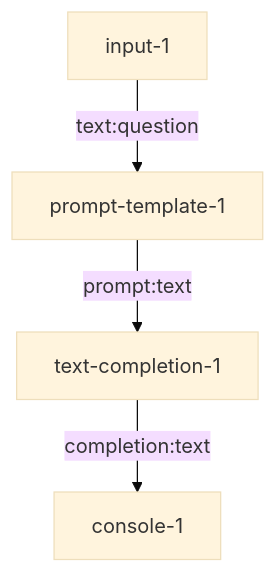
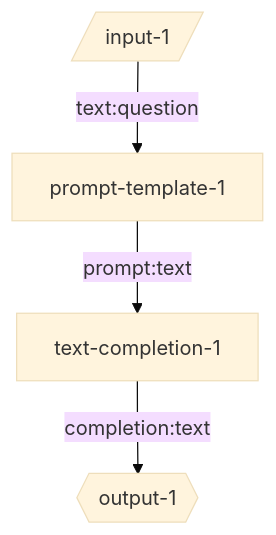
Before and after one commit to breadboard-ai/breadboard: the diagram in seeds/graph-playground/docs/graphs/simple-prompt.md, drawn with Mermaid (base theme). The commit also changed 12 other files, not shown here.

Commit message:
[graph-playgroun] Update diagrams.

````diff
--- a/seeds/graph-playground/docs/graphs/simple-prompt.md
+++ b/seeds/graph-playground/docs/graphs/simple-prompt.md
@@ -4,6 +4,6 @@
 ```mermaid
 graph TD;
-input-1 -- text:question --> prompt-template-1
+input-1[/input-1/] -- text:question --> prompt-template-1
 prompt-template-1 -- prompt:text --> text-completion-1
-text-completion-1 -- completion:text --> console-1
+text-completion-1 -- completion:text --> output-1{{output-1}}
 ```
````
